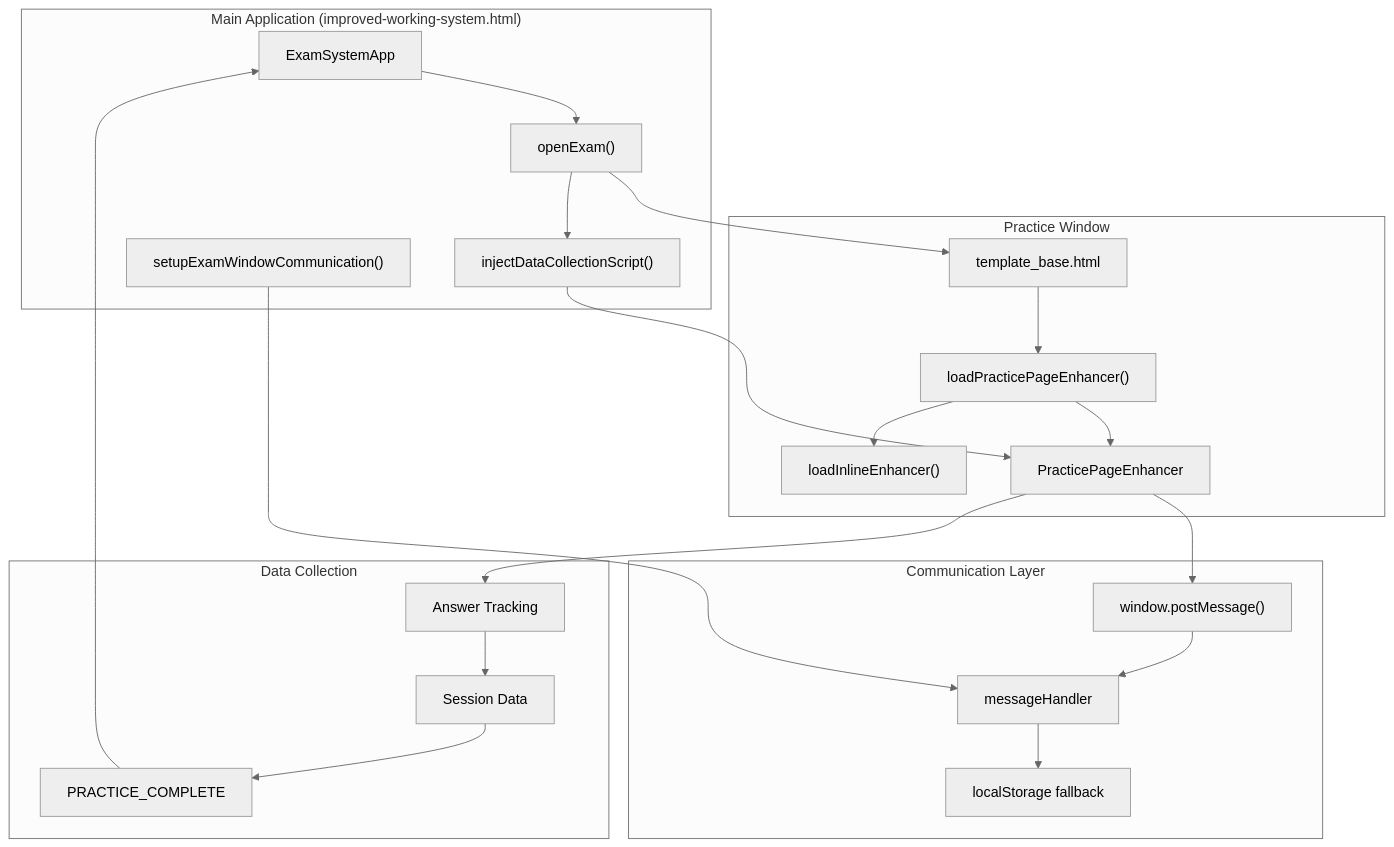
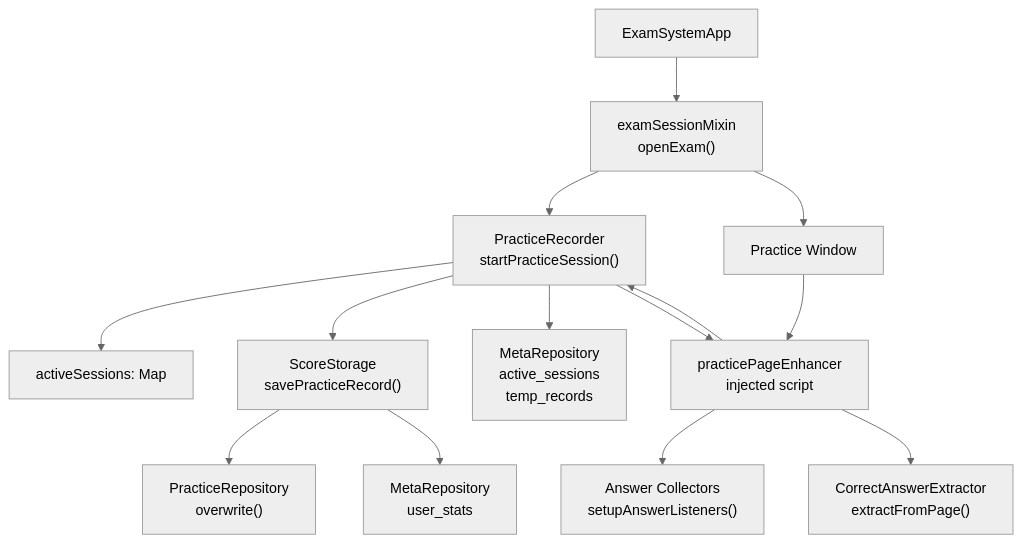
Before and after one commit to sallowayma-git/IELTS-practice: the first of 8 diagrams in assets/developer wiki/wiki/Practice-Session-System.md, drawn with Mermaid (neutral theme). The commit also changed other lines of this file and 59 other files, not shown here.

````diff
--- a/assets/developer wiki/wiki/Practice-Session-System.md
+++ b/assets/developer wiki/wiki/Practice-Session-System.md
@@ -16,60 +22,30 @@
 ```mermaid
 flowchart TD
 
 ExamSystemApp["ExamSystemApp"]
-openExam["openExam()"]
-injectScript["injectDataCollectionScript()"]
-setupComm["setupExamWindowCommunication()"]
-template["template_base.html"]
-enhancer["PracticePageEnhancer"]
-loadEnhancer["loadPracticePageEnhancer()"]
-inlineEnhancer["loadInlineEnhancer()"]
-postMessage["window.postMessage()"]
-messageHandler["messageHandler"]
-fallbackComm["localStorage fallback"]
-answerTracking["Answer Tracking"]
-sessionData["Session Data"]
-practiceComplete["PRACTICE_COMPLETE"]
+examSessionMixin["examSessionMixin<br>openExam()"]
+PracticeRecorder["PracticeRecorder<br>startPracticeSession()"]
+PracticeWindow["Practice Window"]
+activeSessions["activeSessions: Map"]
+ScoreStorage["ScoreStorage<br>savePracticeRecord()"]
+MetaRepo["MetaRepository<br>active_sessions<br>temp_records"]
+practicePageEnhancer["practicePageEnhancer<br>injected script"]
+AnswerCollector["Answer Collectors<br>setupAnswerListeners()"]
+CorrectAnswerExtractor["CorrectAnswerExtractor<br>extractFromPage()"]
+PracticeRepo["PracticeRepository<br>overwrite()"]
+MetaRepo2["MetaRepository<br>user_stats"]
 
-openExam --> template
-injectScript --> enhancer
-enhancer --> postMessage
-setupComm --> messageHandler
-enhancer --> answerTracking
-practiceComplete --> ExamSystemApp
-
-subgraph subGraph3 ["Data Collection"]
-    answerTracking
-    sessionData
-    practiceComplete
-    answerTracking --> sessionData
-    sessionData --> practiceComplete
-end
-
-subgraph subGraph2 ["Communication Layer"]
-    postMessage
-    messageHandler
-    fallbackComm
-    postMessage --> messageHandler
-    messageHandler --> fallbackComm
-end
-
-subgraph subGraph1 ["Practice Window"]
-    template
-    enhancer
-    loadEnhancer
-    inlineEnhancer
-    template --> loadEnhancer
-    loadEnhancer --> enhancer
-    loadEnhancer --> inlineEnhancer
-end
-
-subgraph subGraph0 ["Main Application (improved-working-system.html)"]
-    ExamSystemApp
-    openExam
-    injectScript
-    setupComm
-    ExamSystemApp --> openExam
-    openExam --> injectScript
-end
+ExamSystemApp --> examSessionMixin
+examSessionMixin --> PracticeRecorder
+examSessionMixin --> PracticeWindow
+PracticeRecorder --> activeSessions
+PracticeRecorder --> ScoreStorage
+PracticeRecorder --> MetaRepo
+PracticeWindow --> practicePageEnhancer
+practicePageEnhancer --> AnswerCollector
+practicePageEnhancer --> CorrectAnswerExtractor
+ScoreStorage --> PracticeRepo
+ScoreStorage --> MetaRepo2
+PracticeRecorder --> practicePageEnhancer
+practicePageEnhancer --> PracticeRecorder
 ```
````
